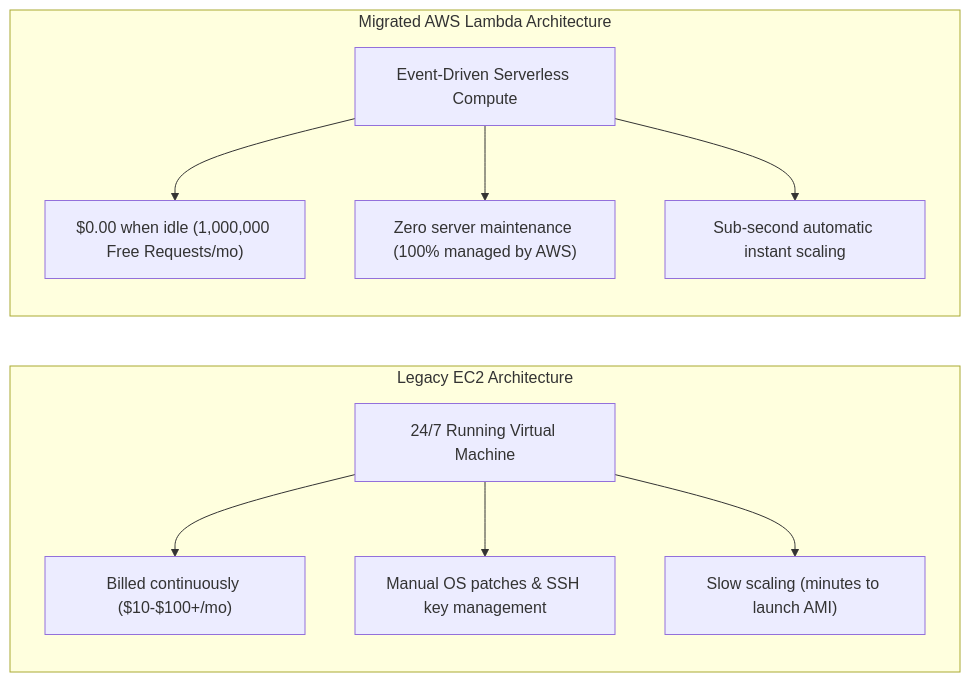
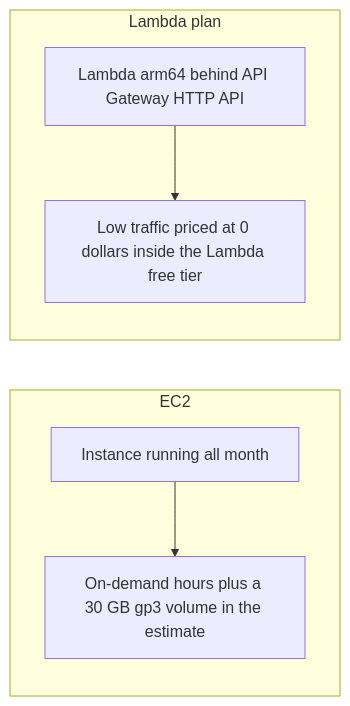
The first of 3 diagrams in docs/customer.md (dhawalshankar/daroga), drawn with Mermaid before and after one commit. The commit also changed other lines of this file and 6 other files, not shown here.

Commit message:
docs: update architecture and CLI reference for clarity and consistency, enhance PRD with detailed scope and migration process

````diff
--- a/docs/customer.md
+++ b/docs/customer.md
@@ -21,16 +17,9 @@
 ```mermaid
 flowchart LR
-    subgraph Legacy ["Legacy EC2 Architecture"]
-        direction TB
-        VM["24/7 Running Virtual Machine"] --> Cost1["Billed continuously ($10-$100+/mo)"]
-        VM --> Maint1["Manual OS patches & SSH key management"]
-        VM --> Scale1["Slow scaling (minutes to launch AMI)"]
+    subgraph Legacy ["EC2"]
+        VM["Instance running all month"] --> Bill["On-demand hours plus a 30 GB gp3 volume in the estimate"]
     end
-
-    subgraph Serverless ["Migrated AWS Lambda Architecture"]
-        direction TB
-        Lambda["Event-Driven Serverless Compute"] --> Cost2["$0.00 when idle (1,000,000 Free Requests/mo)"]
-        Lambda --> Maint2["Zero server maintenance (100% managed by AWS)"]
-        Lambda --> Scale2["Sub-second automatic instant scaling"]
+    subgraph Serverless ["Lambda plan"]
+        Fn["Lambda arm64 behind API Gateway HTTP API"] --> Idle["Low traffic priced at 0 dollars inside the Lambda free tier"]
     end
 ```
````
